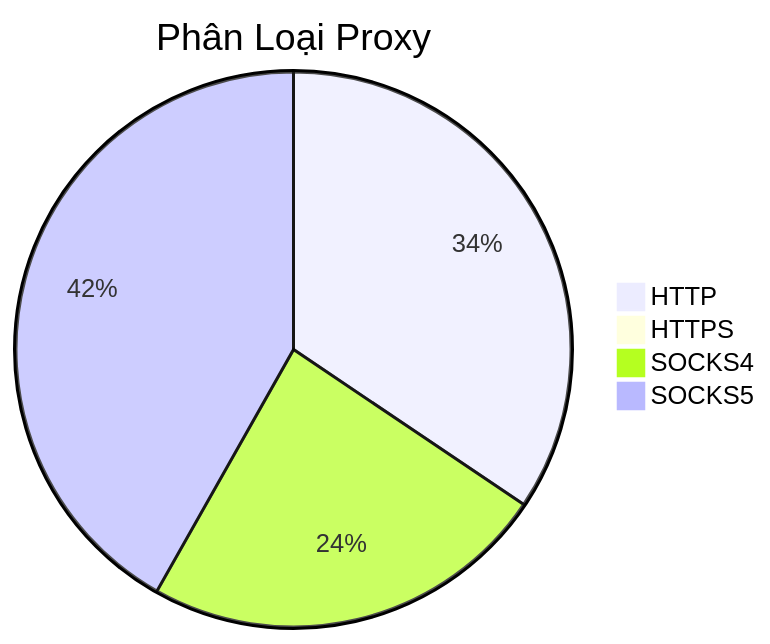
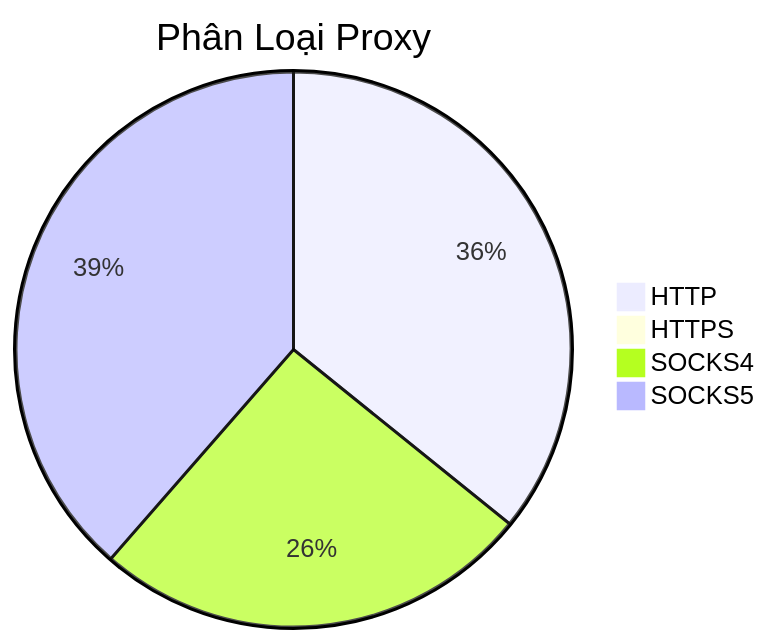
The diagram in README.md (Ciara-12/PROXY-free), drawn with Mermaid before and after one commit. The commit also changed other lines of this file and 4 other files, not shown here.

````diff
--- a/README.md
+++ b/README.md
@@ -26,7 +26,7 @@
 ```mermaid
 pie title Phân Loại Proxy
-    "HTTP" : 513
+    "HTTP" : 594
     "HTTPS" : 2
-    "SOCKS4" : 354
-    "SOCKS5" : 623
+    "SOCKS4" : 425
+    "SOCKS5" : 640
 ```
````
